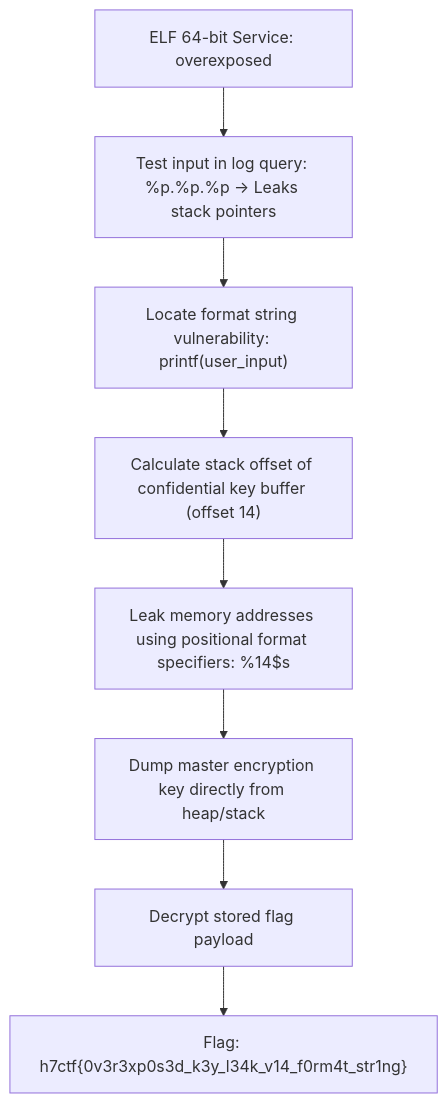
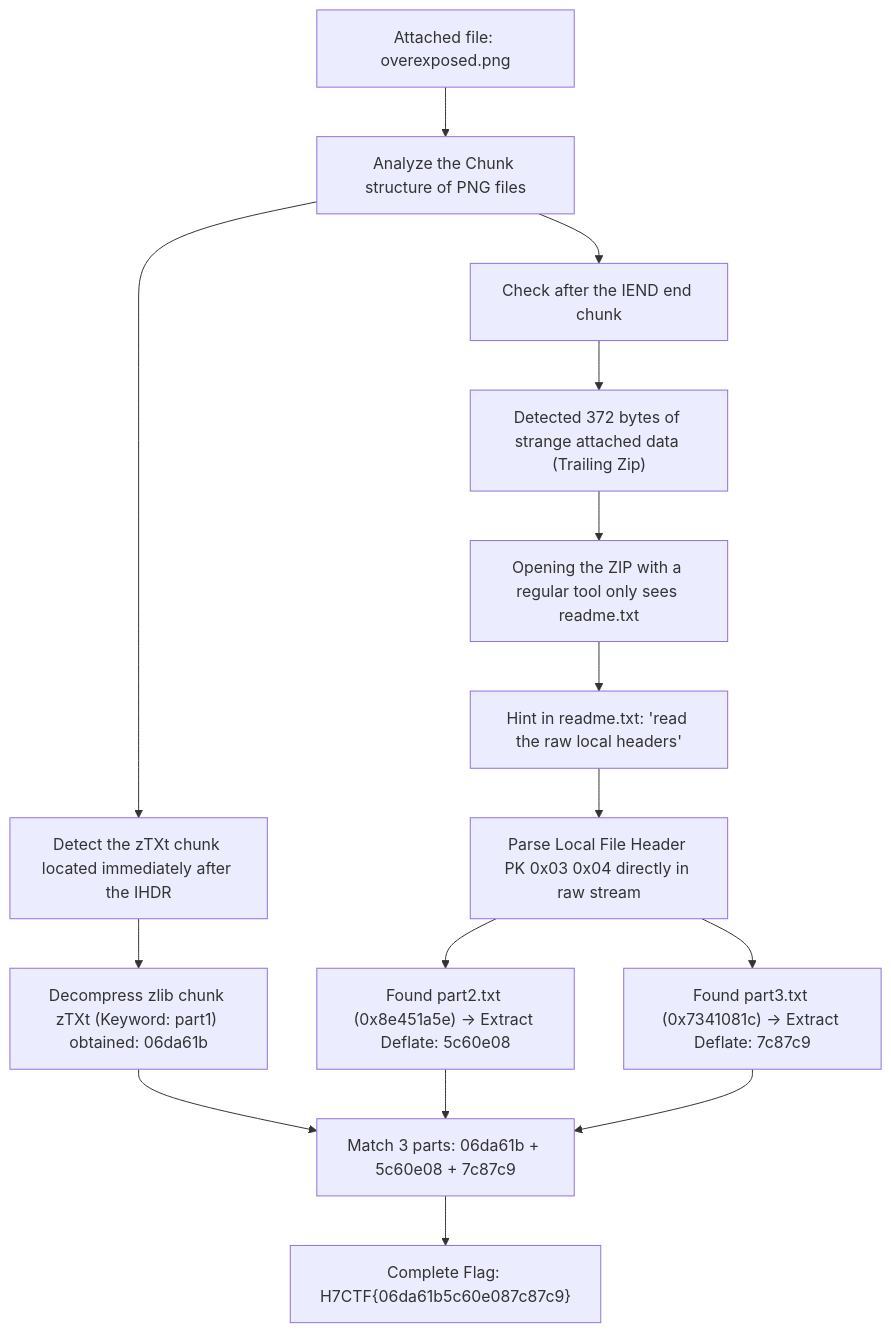
Before and after one commit to Lizamort1/ctf-writeups: the second of 2 diagrams in _posts/2026-09-27-overexposed.md, drawn with Mermaid. The commit also changed other lines of this file and 42 other files, not shown here.

Commit message:
fix: synchronize bilingual writeups and redraw diagrams

````diff
--- a/_posts/2026-09-27-overexposed.md
+++ b/_posts/2026-09-27-overexposed.md
@@ -224,10 +229,17 @@
 ```mermaid
 flowchart TD
-    A["ELF 64-bit Service: overexposed"] --> B["Test input in log query: %p.%p.%p -> Leaks stack pointers"]
-    B --> C["Locate format string vulnerability: printf(user_input)"]
-    C --> D["Calculate stack offset of confidential key buffer (offset 14)"]
-    D --> E["Leak memory addresses using positional format specifiers: %14$s"]
-    E --> F["Dump master encryption key directly from heap/stack"]
-    F --> G["Decrypt stored flag payload"]
-    G --> H["Flag: h7ctf{0v3r3xp0s3d_k3y_l34k_v14_f0rm4t_str1ng}"]
+    A["Attached file: overexposed.png"] --> B["Analyze the Chunk structure of PNG files"]
+    B --> C["Detect the zTXt chunk located immediately after the IHDR"]
+    C --> D["Decompress zlib chunk zTXt (Keyword: part1) obtained: 06da61b"]
+    B --> E["Check after the IEND end chunk"]
+    E --> F["Detected 372 bytes of strange attached data (Trailing Zip)"]
+    F --> G["Opening the ZIP with a regular tool only sees readme.txt"]
+    G --> H["Hint in readme.txt: 'read the raw local headers'"]
+    H --> I["Parse Local File Header PK 0x03 0x04 directly in raw stream"]
+    I --> J["Found part2.txt (0x8e451a5e) -> Extract Deflate: 5c60e08"]
+    I --> K["Found part3.txt (0x7341081c) -> Extract Deflate: 7c87c9"]
+    D --> L["Match 3 parts: 06da61b + 5c60e08 + 7c87c9"]
+    J --> L
+    K --> L
+    L --> M["Complete Flag: H7CTF{06da61b5c60e087c87c9}"]
 ```
````
